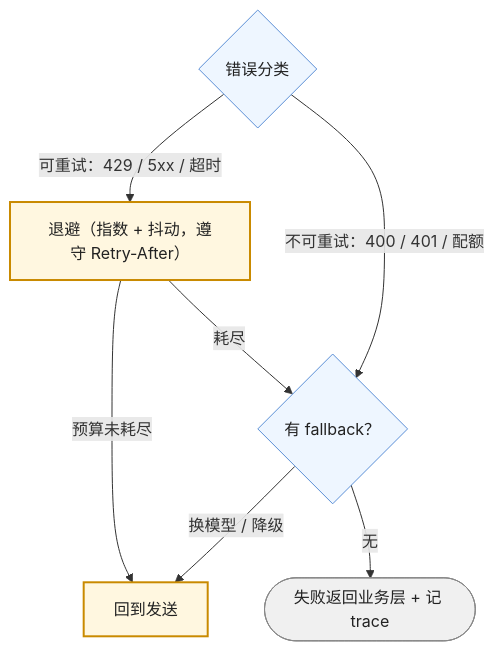
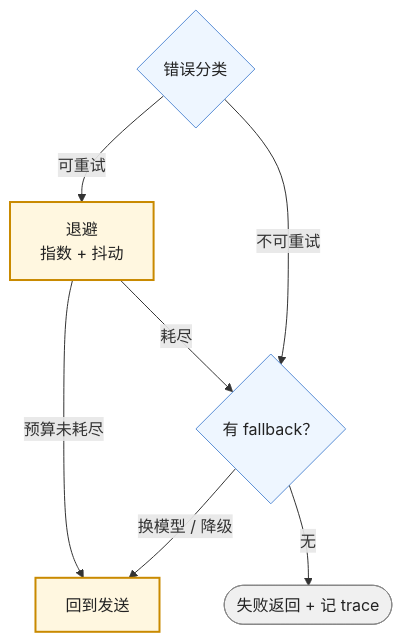
One commit to arganzheng/arganzheng.github.com changed the ninth of 9 diagrams in slides/2026-10-04-model-as-component.md. Above: the diagram before and after it, drawn with Mermaid. The commit also changed other lines of this file, not shown here.

Commit message:
slides(2026-10-04-model-as-component): 图内文字 ≥14px——标签缩短/拆分/Unicode 数学

````diff
--- a/slides/2026-10-04-model-as-component.md
+++ b/slides/2026-10-04-model-as-component.md
@@ -276,17 +289,17 @@
 ```mermaid
 %%{init: {"flowchart": {"wrappingWidth": 180}}}%%
 flowchart TB
-    CLS{"错误分类"} -->|"可重试：429 / 5xx / 超时"| BACK["退避（指数 + 抖动，遵守 Retry-After）"]
+    CLS{"错误分类"} -->|"可重试"| BACK["退避<br/>指数 + 抖动"]
     BACK -->|"预算未耗尽"| SEND["回到发送"]
     BACK -->|"耗尽"| FB{"有 fallback？"}
-    CLS -->|"不可重试：400 / 401 / 配额"| FB
+    CLS -->|"不可重试"| FB
     FB -->|"换模型 / 降级"| SEND
-    FB -->|"无"| FAIL(["失败返回业务层 + 记 trace"])
+    FB -->|"无"| FAIL(["失败返回 + 记 trace"])
 
     classDef step fill:#fff7e0,stroke:#c98a00,stroke-width:2px,color:#222
     classDef dec fill:#eef6ff,stroke:#5b8fd6,color:#222
     classDef stop fill:#f0f0f0,stroke:#888,color:#222
     class BACK,SEND step
     class CLS,FB dec
     class FAIL stop
 ```
````
